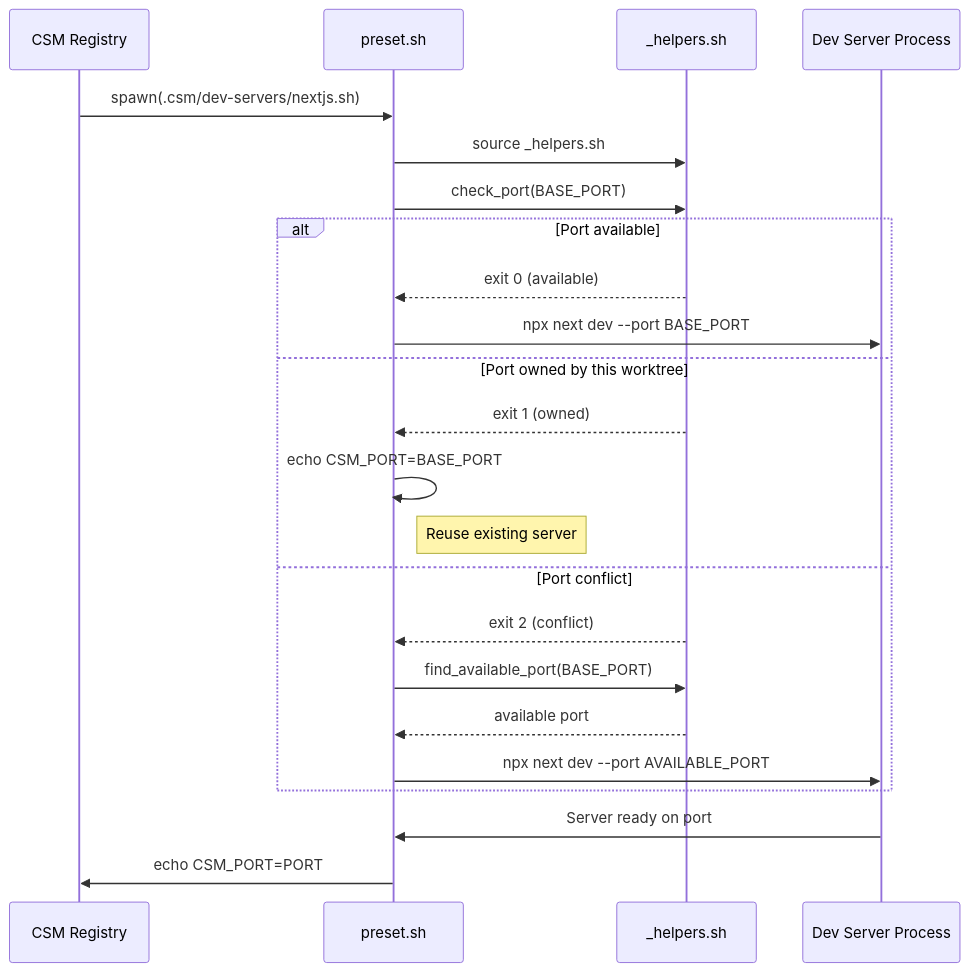
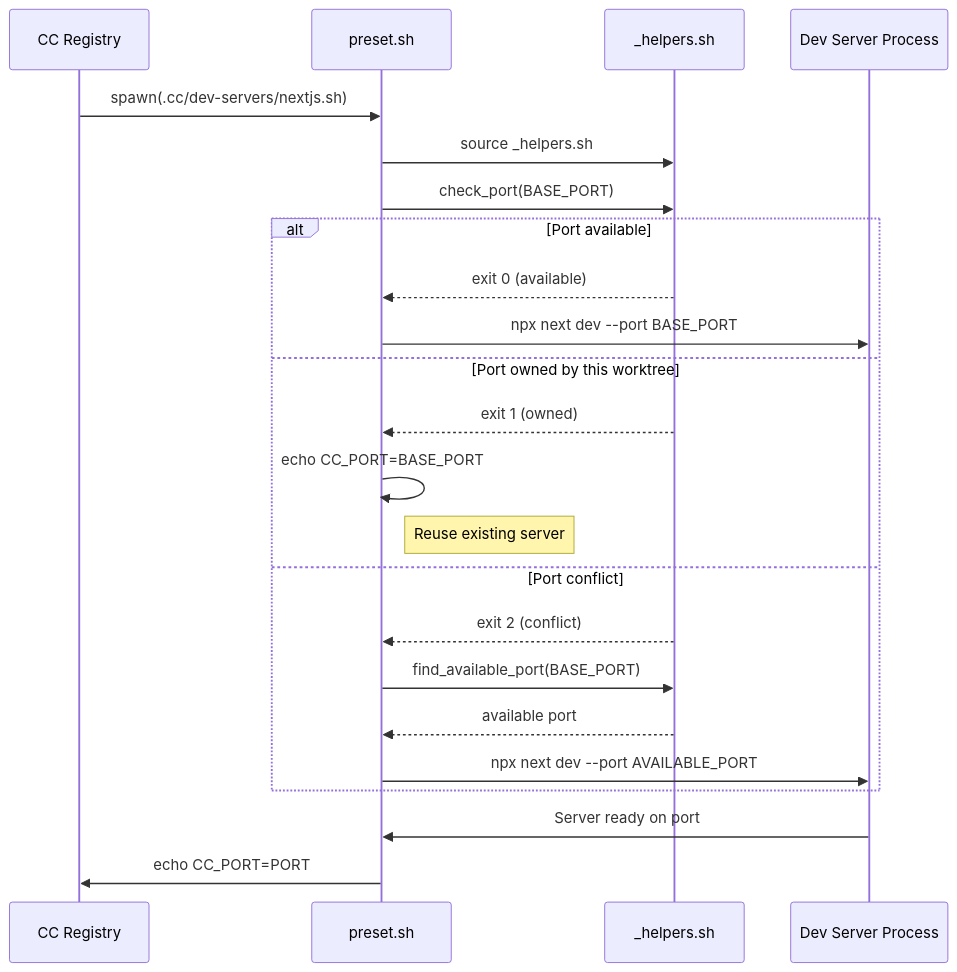
One commit to amhuppert/remote-ai-manager changed the eighth of 8 diagrams in .kiro/specs/dev-server-automation/design.md. Above: the diagram before and after it, drawn with Mermaid. The commit also changed other lines of this file and 141 other files, not shown here.

````diff
--- a/.kiro/specs/dev-server-automation/design.md
+++ b/.kiro/specs/dev-server-automation/design.md
@@ -790,26 +790,26 @@
 ```mermaid
 sequenceDiagram
-    participant CSM as CSM Registry
+    participant CC as CC Registry
     participant Script as preset.sh
     participant Helper as _helpers.sh
     participant Server as Dev Server Process
 
-    CSM->>Script: spawn(.csm/dev-servers/nextjs.sh)
+    CC->>Script: spawn(.cc/dev-servers/nextjs.sh)
     Script->>Helper: source _helpers.sh
     Script->>Helper: check_port(BASE_PORT)
     alt Port available
         Helper-->>Script: exit 0 (available)
         Script->>Server: npx next dev --port BASE_PORT
     else Port owned by this worktree
         Helper-->>Script: exit 1 (owned)
-        Script->>Script: echo CSM_PORT=BASE_PORT
+        Script->>Script: echo CC_PORT=BASE_PORT
         Note right of Script: Reuse existing server
     else Port conflict
         Helper-->>Script: exit 2 (conflict)
         Script->>Helper: find_available_port(BASE_PORT)
         Helper-->>Script: available port
         Script->>Server: npx next dev --port AVAILABLE_PORT
     end
     Server->>Script: Server ready on port
-    Script->>CSM: echo CSM_PORT=PORT
+    Script->>CC: echo CC_PORT=PORT
 ```
````
